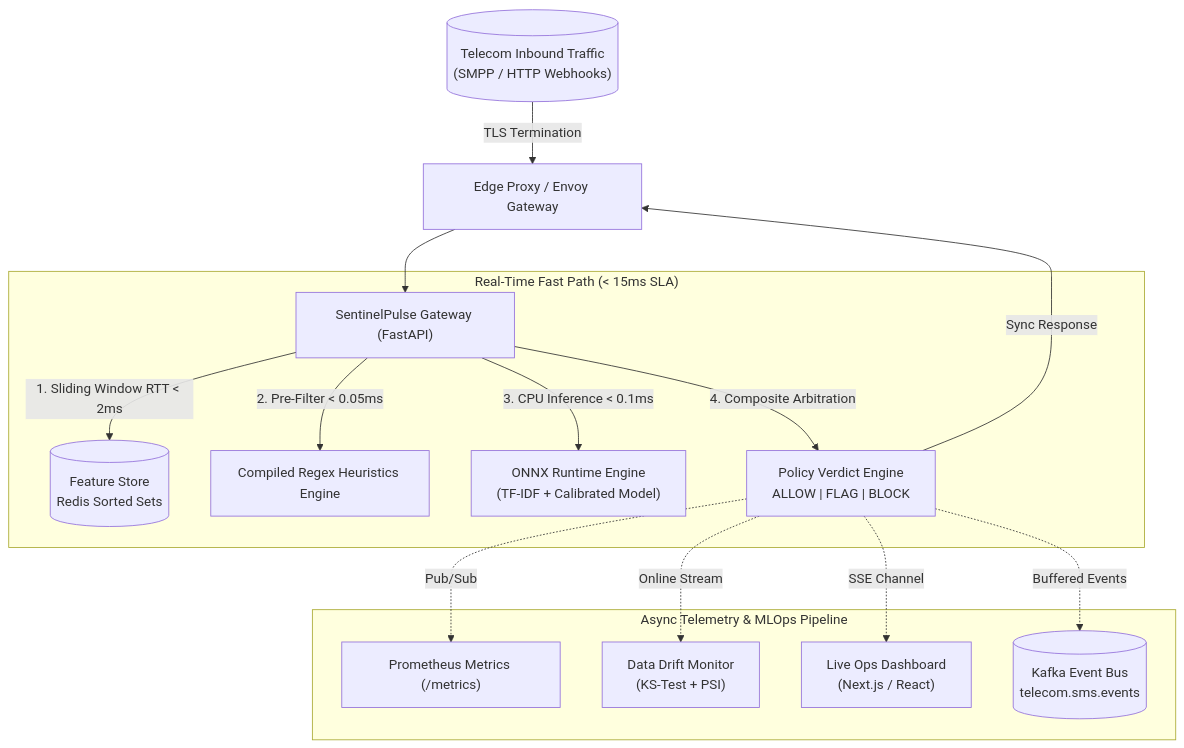
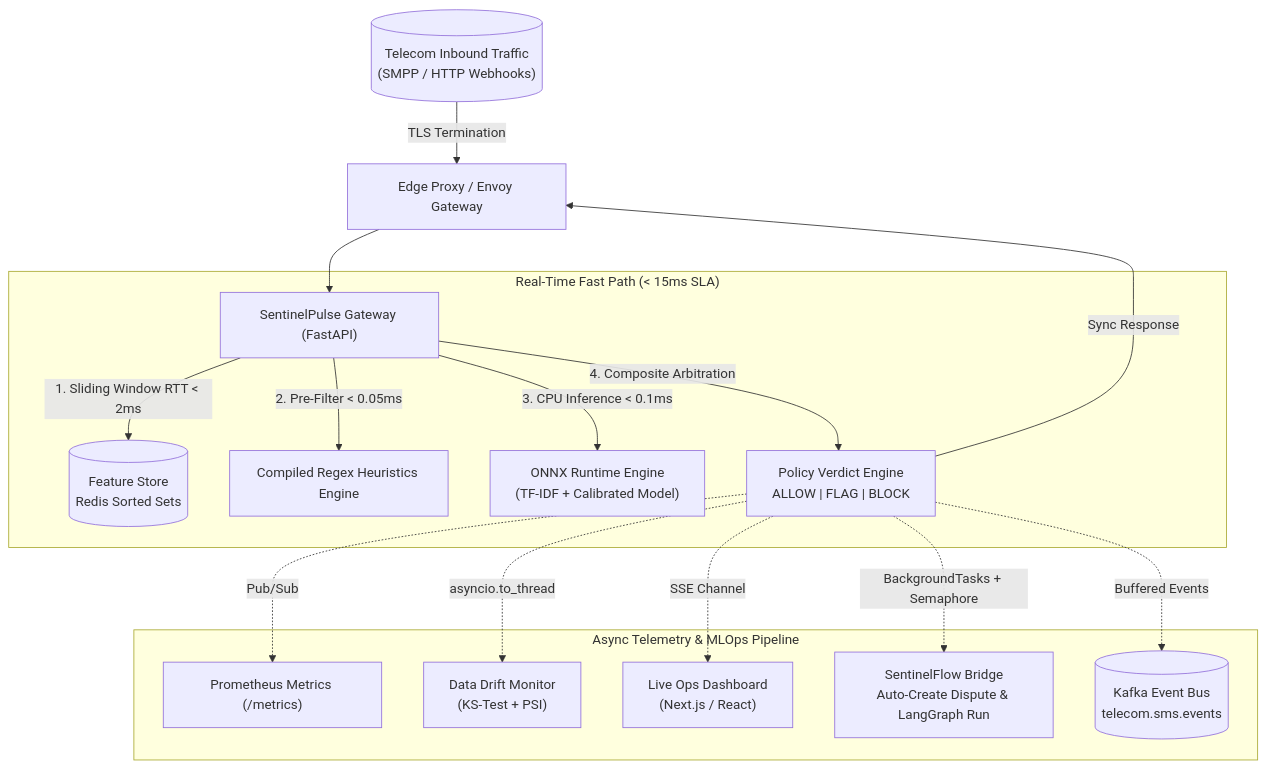
The first of 2 diagrams in sentinelflow/SYSTEM_DESIGN.md (thiago-terceiro/sentinelflow), drawn with Mermaid before and after one commit. The commit also changed other lines of this file and 58 other files, not shown here.

````diff
--- a/sentinelflow/SYSTEM_DESIGN.md
+++ b/sentinelflow/SYSTEM_DESIGN.md
@@ -13,21 +13,22 @@
 ```mermaid
 flowchart TD
     Client[("Telecom Inbound Traffic<br/>(SMPP / HTTP Webhooks)")] -->|TLS Termination| Edge["Edge Proxy / Envoy Gateway"]
     Edge --> Gateway["SentinelPulse Gateway (FastAPI)"]
     
     subgraph "Real-Time Fast Path (< 15ms SLA)"
         Gateway -->|1. Sliding Window RTT < 2ms| Redis[("Feature Store<br/>Redis Sorted Sets")]
         Gateway -->|2. Pre-Filter < 0.05ms| Regex["Compiled Regex Heuristics Engine"]
         Gateway -->|3. CPU Inference < 0.1ms| ONNX["ONNX Runtime Engine<br/>(TF-IDF + Calibrated Model)"]
         Gateway -->|4. Composite Arbitration| Decider["Policy Verdict Engine<br/>ALLOW | FLAG | BLOCK"]
     end
     
     Decider -->|Sync Response| Edge
     
     subgraph "Async Telemetry & MLOps Pipeline"
         Decider -.->|Pub/Sub| Prometheus["Prometheus Metrics (/metrics)"]
-        Decider -.->|Online Stream| Drift["Data Drift Monitor<br/>(KS-Test + PSI)"]
+        Decider -.->|asyncio.to_thread| Drift["Data Drift Monitor<br/>(KS-Test + PSI)"]
         Decider -.->|SSE Channel| Dashboard["Live Ops Dashboard<br/>(Next.js / React)"]
+        Decider -.->|BackgroundTasks + Semaphore| Escalation["SentinelFlow Bridge<br/>Auto-Create Dispute & LangGraph Run"]
         Decider -.->|Buffered Events| Kafka[("Kafka Event Bus<br/>telecom.sms.events")]
     end
 ```
````
